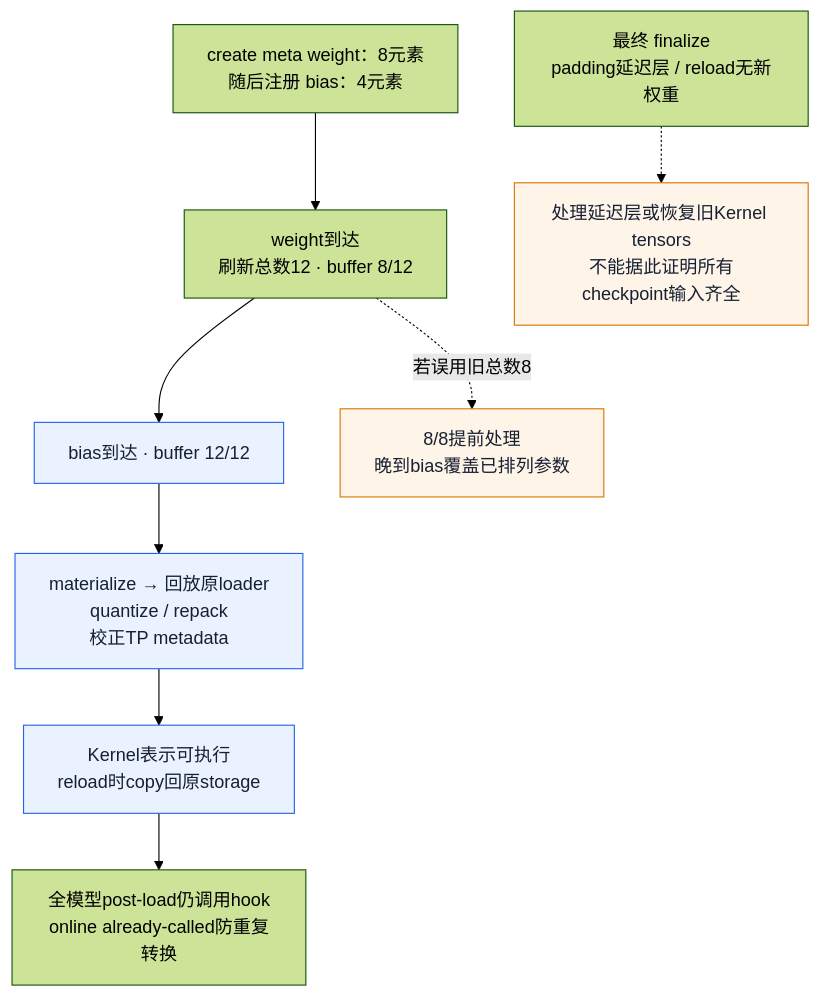
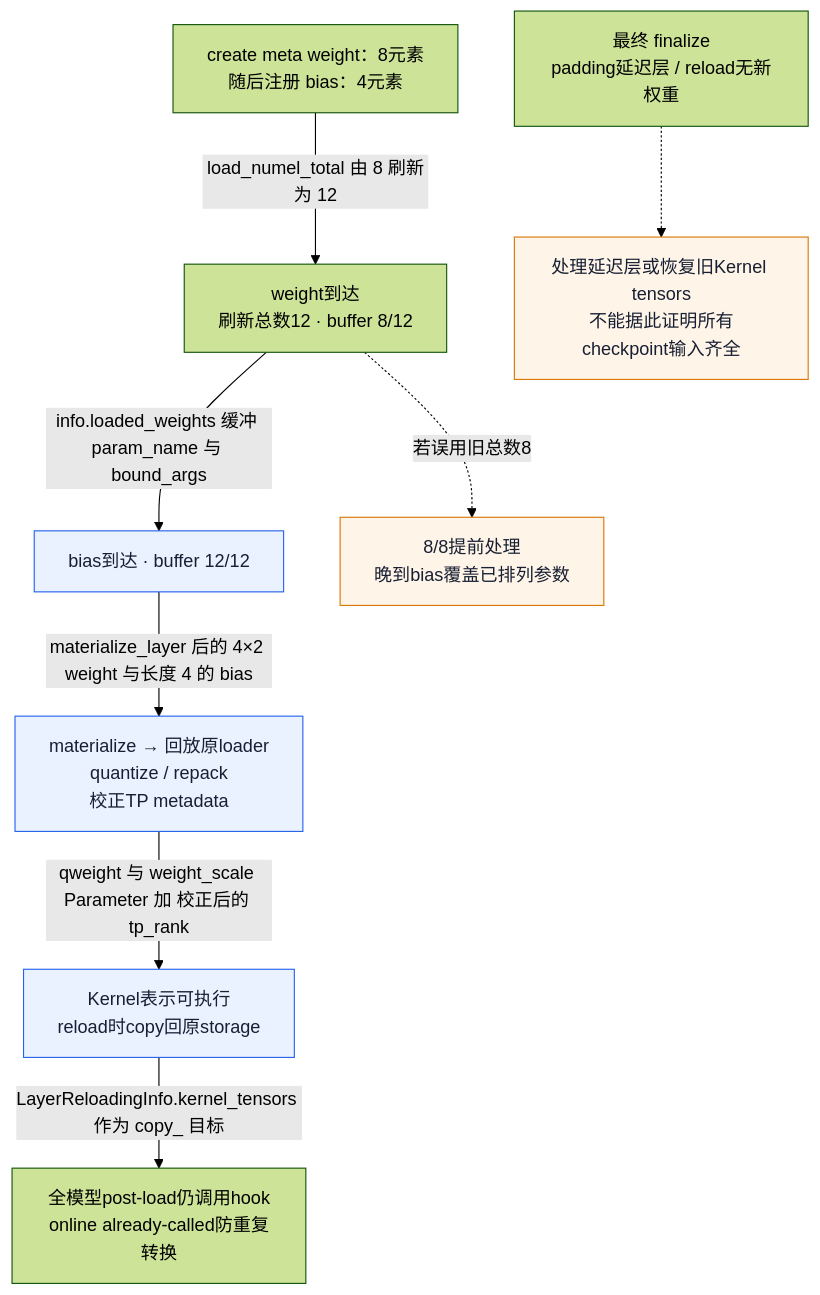
One commit to suhaibo666/llm-knowledge changed the third of 4 diagrams in wiki/02_engineering/03_infer_frameworks/vllm/17_vllm_quantization_analysis.md. Above: the diagram before and after it, drawn with Mermaid (forest theme). The commit also changed other lines of this file and 89 other files, not shown here.

````diff
--- a/wiki/02_engineering/03_infer_frameworks/vllm/17_vllm_quantization_analysis.md
+++ b/wiki/02_engineering/03_infer_frameworks/vllm/17_vllm_quantization_analysis.md
@@ -179,14 +328,14 @@
 ```mermaid
 flowchart TB
-  C["create meta weight：8元素<br/>随后注册 bias：4元素"] --> W["weight到达<br/>刷新总数12 · buffer 8/12"]
-  W --> B["bias到达 · buffer 12/12"]
-  B --> P["materialize → 回放原loader<br/>quantize / repack<br/>校正TP metadata"]
-  P --> K["Kernel表示可执行<br/>reload时copy回原storage"]
-  K --> H["全模型post-load仍调用hook<br/>online already-called防重复转换"]
+  C["create meta weight：8元素<br/>随后注册 bias：4元素"] -->|load_numel_total 由 8 刷新为 12| W["weight到达<br/>刷新总数12 · buffer 8/12"]
+  W -->|info.loaded_weights 缓冲 param_name 与 bound_args| B["bias到达 · buffer 12/12"]
+  B -->|materialize_layer 后的 4×2 weight 与长度 4 的 bias| P["materialize → 回放原loader<br/>quantize / repack<br/>校正TP metadata"]
+  P -->|qweight 与 weight_scale Parameter 加 校正后的 tp_rank| K["Kernel表示可执行<br/>reload时copy回原storage"]
+  K -->|LayerReloadingInfo.kernel_tensors 作为 copy_ 目标| H["全模型post-load仍调用hook<br/>online already-called防重复转换"]
   W -. 若误用旧总数8 .-> BAD["8/8提前处理<br/>晚到bias覆盖已排列参数"]
   F["最终 finalize<br/>padding延迟层 / reload无新权重"] -.-> E["处理延迟层或恢复旧Kernel tensors<br/>不能据此证明所有checkpoint输入齐全"]
   classDef acc1 fill:#eaf2ff,stroke:#2563eb,color:#172033;
   classDef acc2 fill:#fff4e8,stroke:#d97706,color:#172033;
   class B,P,K acc1;
   class BAD,E acc2;
 ```
````
